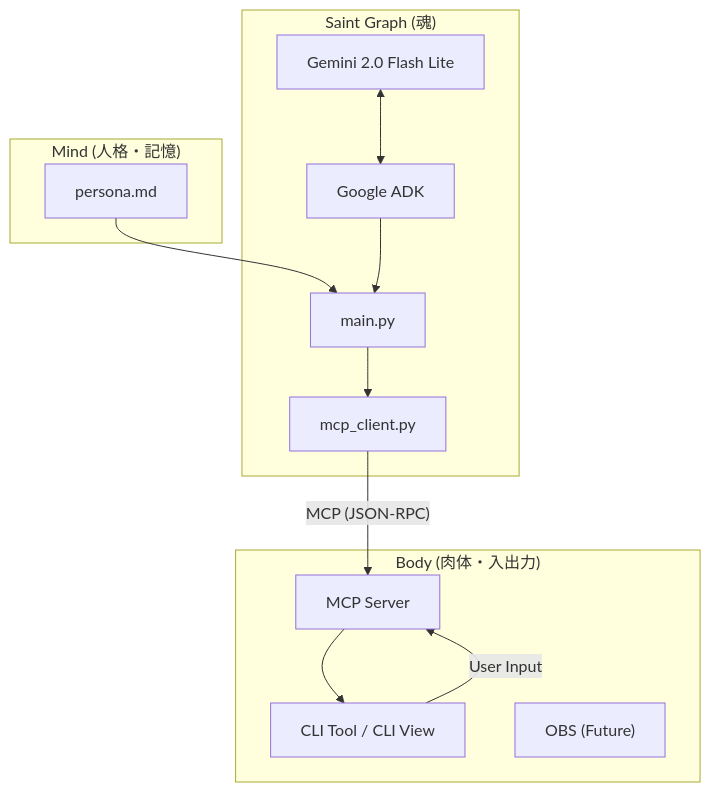
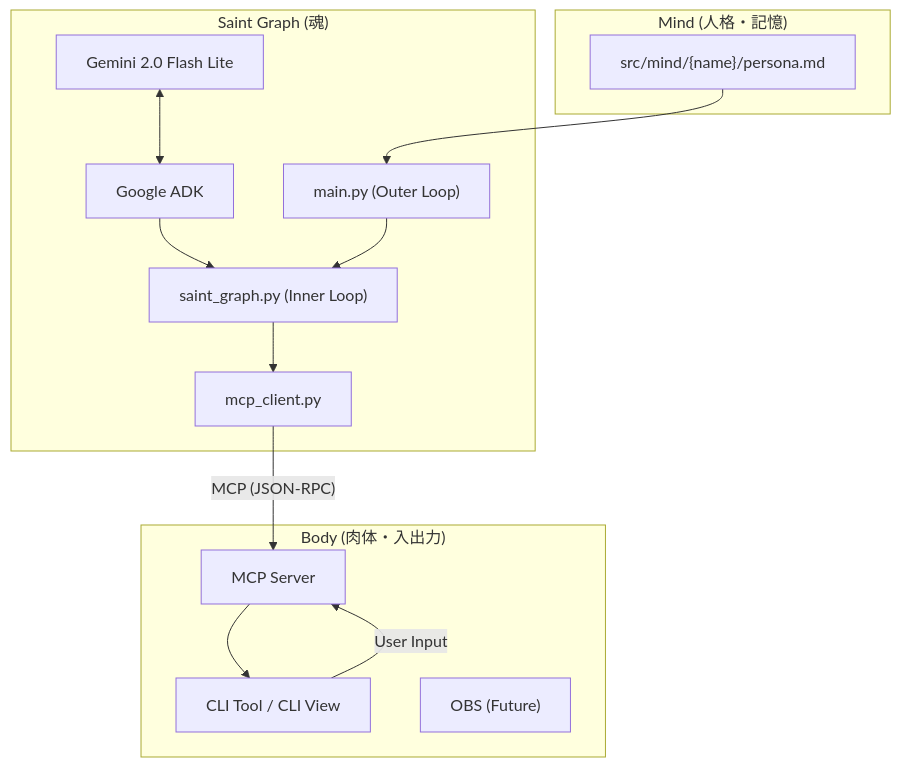
Before and after one commit to koduki/ai-tuber: the diagram in docs/ARCHITECTURE.md, drawn with Mermaid. The commit also changed other lines of this file, not shown here.

First line of the commit message:
docs: update ARCHITECTURE.md to reflect modular Saint Graph structure

````diff
--- a/docs/ARCHITECTURE.md
+++ b/docs/ARCHITECTURE.md
@@ -10,27 +10,29 @@
 ```mermaid
 graph TD
   subgraph Mind ["Mind (人格・記憶)"]
-    Persona["persona.md"]
+    Persona["src/mind/{name}/persona.md"]
   end
 
   subgraph SaintGraph ["Saint Graph (魂)"]
     Gemini["Gemini 2.0 Flash Lite"]
     ADK["Google ADK"]
-    Logic["main.py"]
+    Logic["main.py (Outer Loop)"]
+    Soul["saint_graph.py (Inner Loop)"]
     Client["mcp_client.py"]
   end
 
   subgraph Body ["Body (肉体・入出力)"]
     Server["MCP Server"]
     CLI["CLI Tool / CLI View"]
     Obs["OBS (Future)"]
   end
 
   Persona --> Logic
   Gemini <--> ADK
-  ADK --> Logic
-  Logic --> Client
+  ADK --> Soul
+  Logic --> Soul
+  Soul --> Client
   Client -- "MCP (JSON-RPC)" --> Server
   Server --> CLI
   CLI -- "User Input" --> Server
 ```
````
